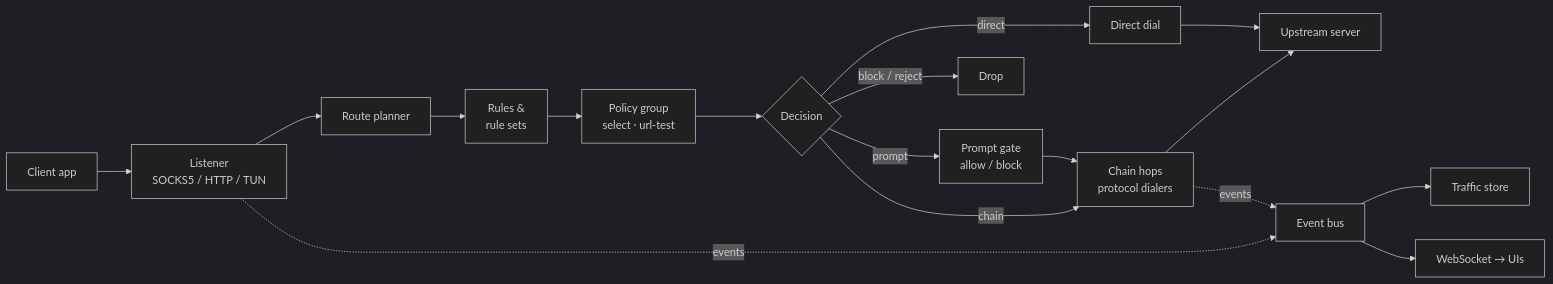
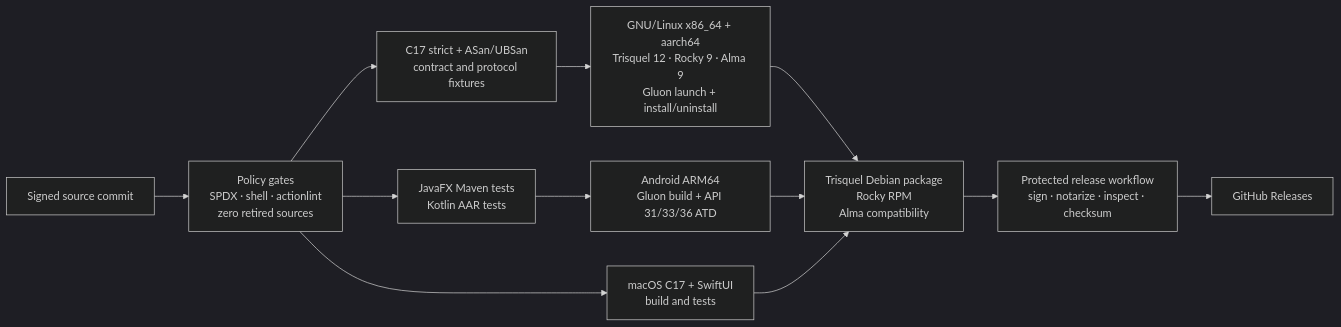
The third of 4 diagrams in README.md (JohnThre/clambhook), drawn with Mermaid (dark theme) before and after one commit. The commit also changed other lines of this file and 2294 other files, not shown here.

First line of the commit message:
Complete C17 and JavaFX/Gluon cutover

````diff
--- a/README.md
+++ b/README.md
@@ -78,23 +166,14 @@
 ```mermaid
 flowchart LR
-    app["Client app"] --> listener["Listener<br/>SOCKS5 / HTTP / TUN"]
-    listener --> planner["Route planner"]
-
-    planner --> rules["Rules &<br/>rule sets"]
-    rules --> policy["Policy group<br/>select · url-test"]
-    policy --> decision{Decision}
-
-    decision -->|direct| direct["Direct dial"]
-    decision -->|block / reject| drop["Drop"]
-    decision -->|prompt| gate["Prompt gate<br/>allow / block"]
-    decision -->|chain| chain["Chain hops<br/>protocol dialers"]
-
-    gate --> chain
-    chain --> upstream["Upstream server"]
-    direct --> upstream
-
-    listener -. events .-> bus["Event bus"]
-    chain -. events .-> bus
-    bus --> traffic["Traffic store"]
-    bus --> ws["WebSocket → UIs"]
+    source["Signed source commit"] --> policy["Policy gates<br/>SPDX · shell · actionlint<br/>zero retired sources"]
+    policy --> ctest["C17 strict + ASan/UBSan<br/>contract and protocol fixtures"]
+    policy --> jvm["JavaFX Maven tests<br/>Kotlin AAR tests"]
+    policy --> apple["macOS C17 + SwiftUI<br/>build and tests"]
+    ctest --> linux["GNU/Linux x86_64 + aarch64<br/>Trisquel 12 · Rocky 9 · Alma 9<br/>Gluon launch + install/uninstall"]
+    jvm --> android["Android ARM64<br/>Gluon build + API 31/33/36 ATD"]
+    linux --> packages["Trisquel Debian package<br/>Rocky RPM<br/>Alma compatibility"]
+    android --> packages
+    apple --> packages
+    packages --> protected["Protected release workflow<br/>sign · notarize · inspect · checksum"]
+    protected --> releases["GitHub Releases"]
 ```
````
